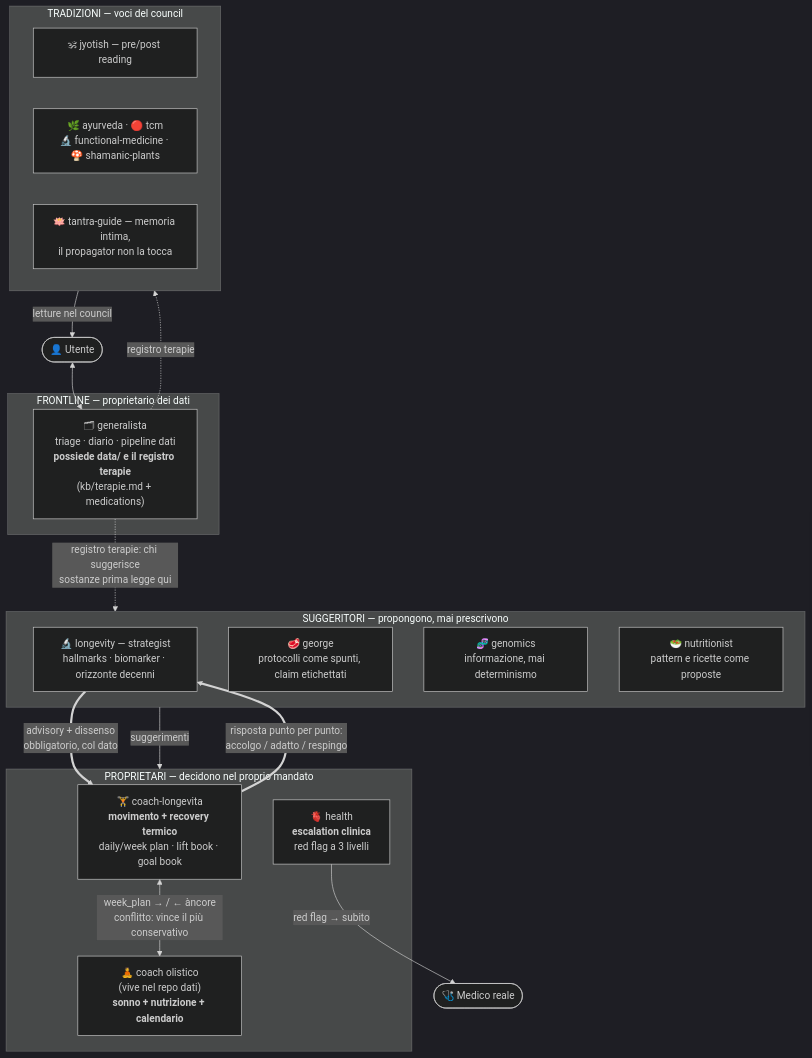
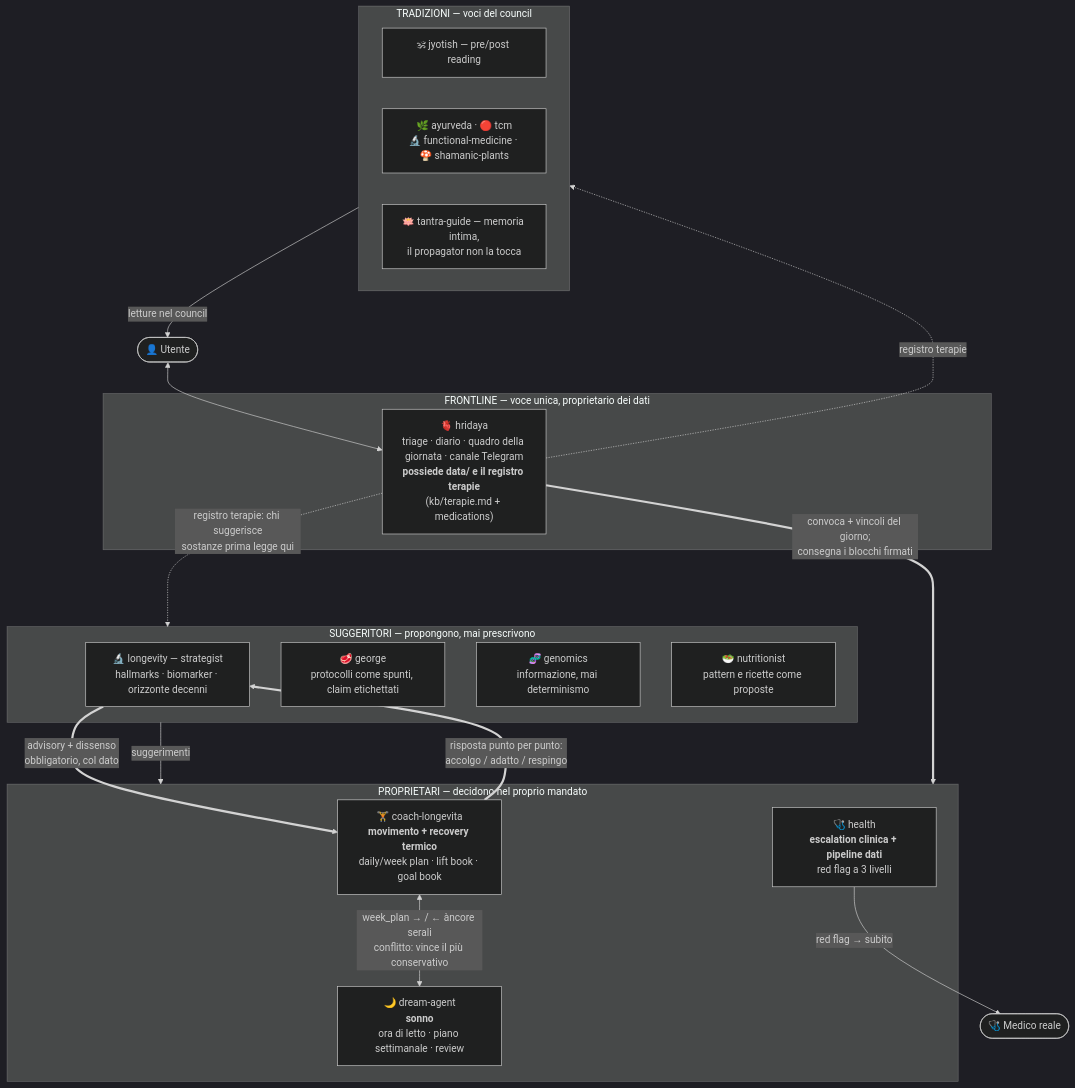
The diagram in README.md (fmondora/wellness-agents), drawn with Mermaid (dark theme) before and after one commit. The commit also changed other lines of this file and 14 other files, not shown here.

First line of the commit message:
chore: marketplace 0.10.0 — hridaya al posto di generalista, dream-agent, pulizia

````diff
--- a/README.md
+++ b/README.md
@@ -122,38 +124,39 @@
 ```mermaid
 flowchart TB
     U(["👤 Utente"])
     MED(["🩺 Medico reale"])
 
-    subgraph FRONTLINE["FRONTLINE — proprietario dei dati"]
-        GEN["🗂 generalista<br/>triage · diario · pipeline dati<br/><b>possiede data/ e il registro terapie</b><br/>(kb/terapie.md + medications)"]
+    subgraph FRONTLINE["FRONTLINE — voce unica, proprietario dei dati"]
+        GEN["🫀 hridaya<br/>triage · diario · quadro della giornata · canale Telegram<br/><b>possiede data/ e il registro terapie</b><br/>(kb/terapie.md + medications)"]
     end
 
     subgraph OWNERS["PROPRIETARI — decidono nel proprio mandato"]
         COACH["🏋️ coach-longevita<br/><b>movimento + recovery termico</b><br/>daily/week plan · lift book · goal book"]
-        OLI["🧘 coach olistico<br/>(vive nel repo dati)<br/><b>sonno + nutrizione + calendario</b>"]
-        HEALTH["🫀 health<br/><b>escalation clinica</b><br/>red flag a 3 livelli"]
+        OLI["🌙 dream-agent<br/><b>sonno</b><br/>ora di letto · piano settimanale · review"]
+        HEALTH["🩺 health<br/><b>escalation clinica + pipeline dati</b><br/>red flag a 3 livelli"]
     end
 
     subgraph ADVISORS["SUGGERITORI — propongono, mai prescrivono"]
         LONG["🔬 longevity — strategist<br/>hallmarks · biomarker · orizzonte decenni"]
         GEO["🥩 george<br/>protocolli come spunti, claim etichettati"]
         DNA["🧬 genomics<br/>informazione, mai determinismo"]
         NUT["🥗 nutritionist<br/>pattern e ricette come proposte"]
     end
 
     subgraph COUNCIL["TRADIZIONI — voci del council"]
         JYO["🕉 jyotish — pre/post reading"]
         TRAD["🌿 ayurveda · 🔴 tcm<br/>🔬 functional-medicine · 🍄 shamanic-plants"]
         TAN["🪷 tantra-guide — memoria intima,<br/>il propagator non la tocca"]
     end
 
     U <--> GEN
     GEN -. "registro terapie: chi suggerisce<br/>sostanze prima legge qui" .-> ADVISORS
     GEN -. "registro terapie" .-> COUNCIL
     LONG ==>|"advisory + dissenso<br/>obbligatorio, col dato"| COACH
     COACH ==>|"risposta punto per punto:<br/>accolgo / adatto / respingo"| LONG
-    COACH <-->|"week_plan → / ← àncore<br/>conflitto: vince il più conservativo"| OLI
+    COACH <-->|"week_plan → / ← àncore serali<br/>conflitto: vince il più conservativo"| OLI
+    GEN ==>|"convoca + vincoli del giorno;<br/>consegna i blocchi firmati"| OWNERS
     ADVISORS -->|"suggerimenti"| OWNERS
     COUNCIL -->|"letture nel council"| U
     HEALTH -->|"red flag → subito"| MED
 ```
````
